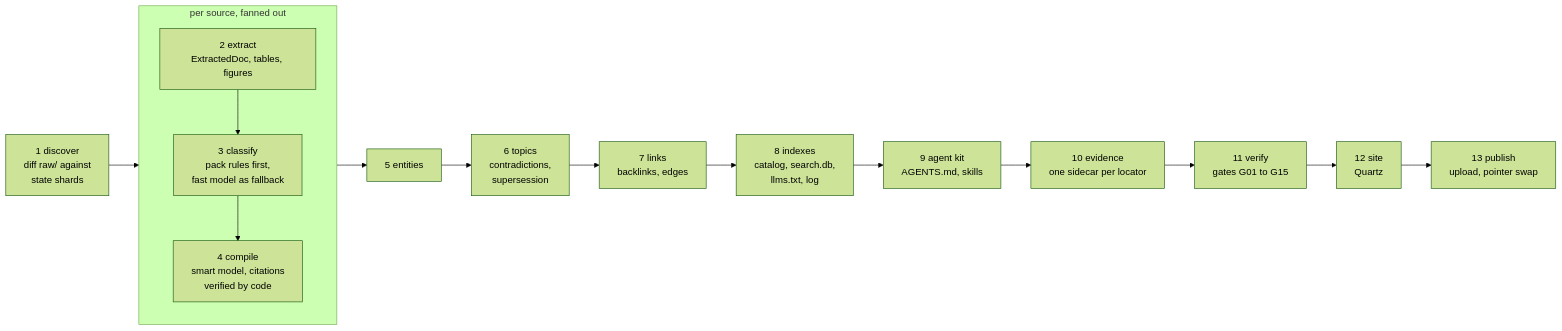
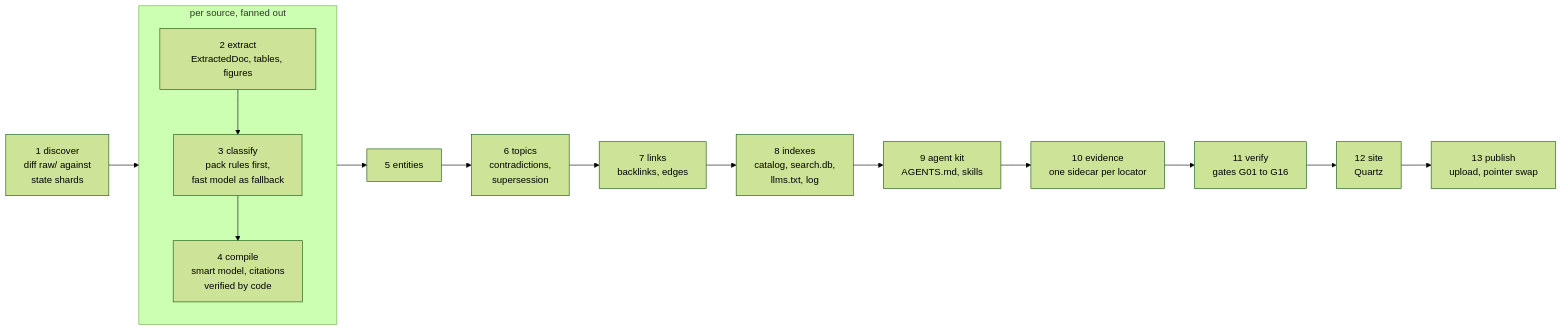
One commit to ozgurkarahan/docwiki changed the second of 5 diagrams in docs/architecture.md. Above: the diagram before and after it, drawn with Mermaid (forest theme). The commit also changed other lines of this file and 24 other files, not shown here.

````diff
--- a/docs/architecture.md
+++ b/docs/architecture.md
@@ -65,13 +65,13 @@
 ```mermaid
 flowchart LR
   discover["1 discover<br/>diff raw/ against<br/>state shards"] --> perSource
   subgraph perSource["per source, fanned out"]
     direction TB
     extract["2 extract<br/>ExtractedDoc, tables, figures"] --> classify["3 classify<br/>pack rules first,<br/>fast model as fallback"]
     classify --> compile["4 compile<br/>smart model, citations<br/>verified by code"]
   end
   perSource --> entities["5 entities"] --> topics["6 topics<br/>contradictions,<br/>supersession"] --> links["7 links<br/>backlinks, edges"]
   links --> indexes["8 indexes<br/>catalog, search.db,<br/>llms.txt, log"] --> agentkit["9 agent kit<br/>AGENTS.md, skills"]
-  agentkit --> evidence["10 evidence<br/>one sidecar per locator"] --> verify["11 verify<br/>gates G01 to G15"]
+  agentkit --> evidence["10 evidence<br/>one sidecar per locator"] --> verify["11 verify<br/>gates G01 to G16"]
   verify --> site["12 site<br/>Quartz"] --> publish["13 publish<br/>upload, pointer swap"]
 ```
````
